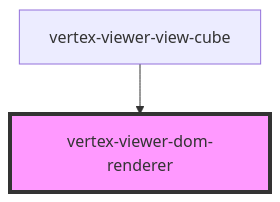
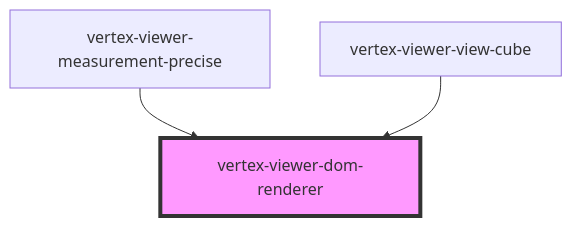
The diagram in packages/viewer/src/components/viewer-dom-renderer/readme.md (Vertexvis/vertex-web-sdk), drawn with Mermaid before and after one commit. The commit also changed other lines of this file and 2 other files, not shown here.

Commit message:
Update READMEs

````diff
--- a/packages/viewer/src/components/viewer-dom-renderer/readme.md
+++ b/packages/viewer/src/components/viewer-dom-renderer/readme.md
@@ -231,5 +232,6 @@
 ```mermaid
 graph TD;
+  vertex-viewer-measurement-precise --> vertex-viewer-dom-renderer
   vertex-viewer-view-cube --> vertex-viewer-dom-renderer
   style vertex-viewer-dom-renderer fill:#f9f,stroke:#333,stroke-width:4px
 ```
````
